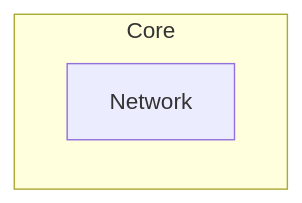
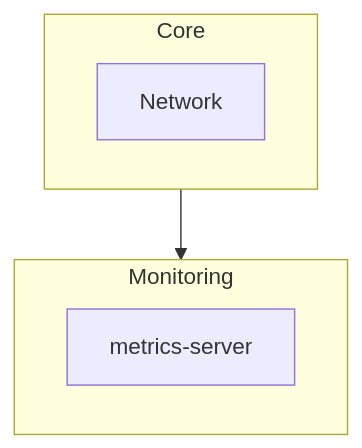
The diagram in home/loliot/pulumi/README.md (hhk7734/lol-iot.iac), drawn with Mermaid before and after one commit. The commit also changed other lines of this file, not shown here.

````diff
--- a/home/loliot/pulumi/README.md
+++ b/home/loliot/pulumi/README.md
@@ -5,6 +5,12 @@
 ```mermaid
-flowchart TD
+flowchart TB
     subgraph Core
         Network
     end
+
+    subgraph Monitoring
+        metrics-server
+    end
+
+    Core --> Monitoring
 ```
````
